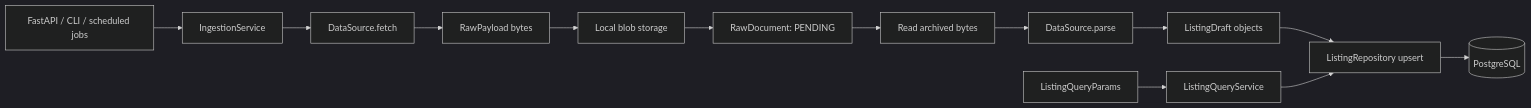
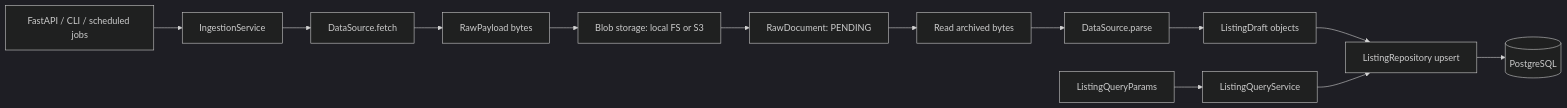
One commit to fakhrytatanaki/realestate-analysis changed the diagram in docs/architecture.md. Above: the diagram before and after it, drawn with Mermaid (dark theme). The commit also changed other lines of this file and 82 other files, not shown here.

````diff
--- a/docs/architecture.md
+++ b/docs/architecture.md
@@ -26,15 +26,15 @@
 ```mermaid
 flowchart LR
     API[FastAPI / CLI / scheduled jobs] --> Ingest[IngestionService]
     Ingest --> Fetch[DataSource.fetch]
     Fetch --> Bytes[RawPayload bytes]
-    Bytes --> Blob[Local blob storage]
+    Bytes --> Blob[Blob storage: local FS or S3]
     Blob --> Raw[RawDocument: PENDING]
     Raw --> Read[Read archived bytes]
     Read --> Parse[DataSource.parse]
     Parse --> Draft[ListingDraft objects]
     Draft --> Repo[ListingRepository upsert]
     Repo --> DB[(PostgreSQL)]
     Search[ListingQueryParams] --> Query[ListingQueryService]
     Query --> Repo
 ```
````
